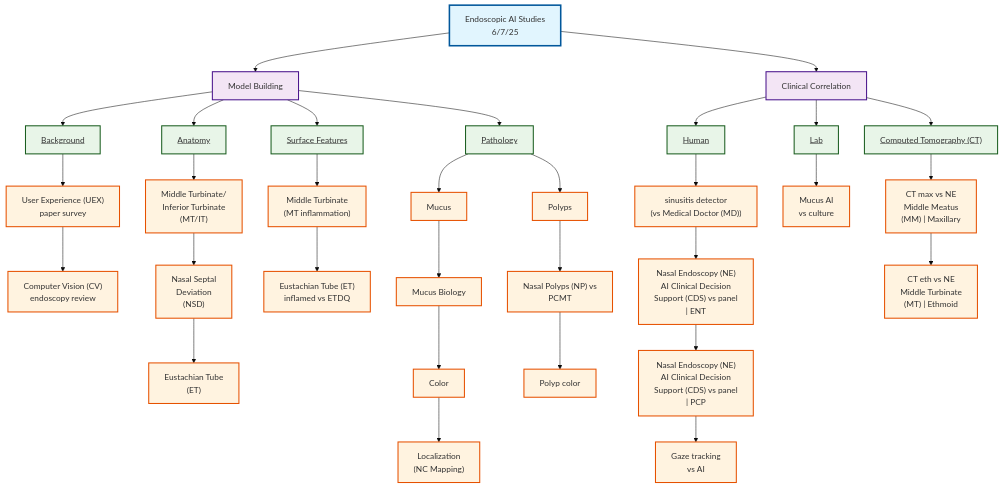
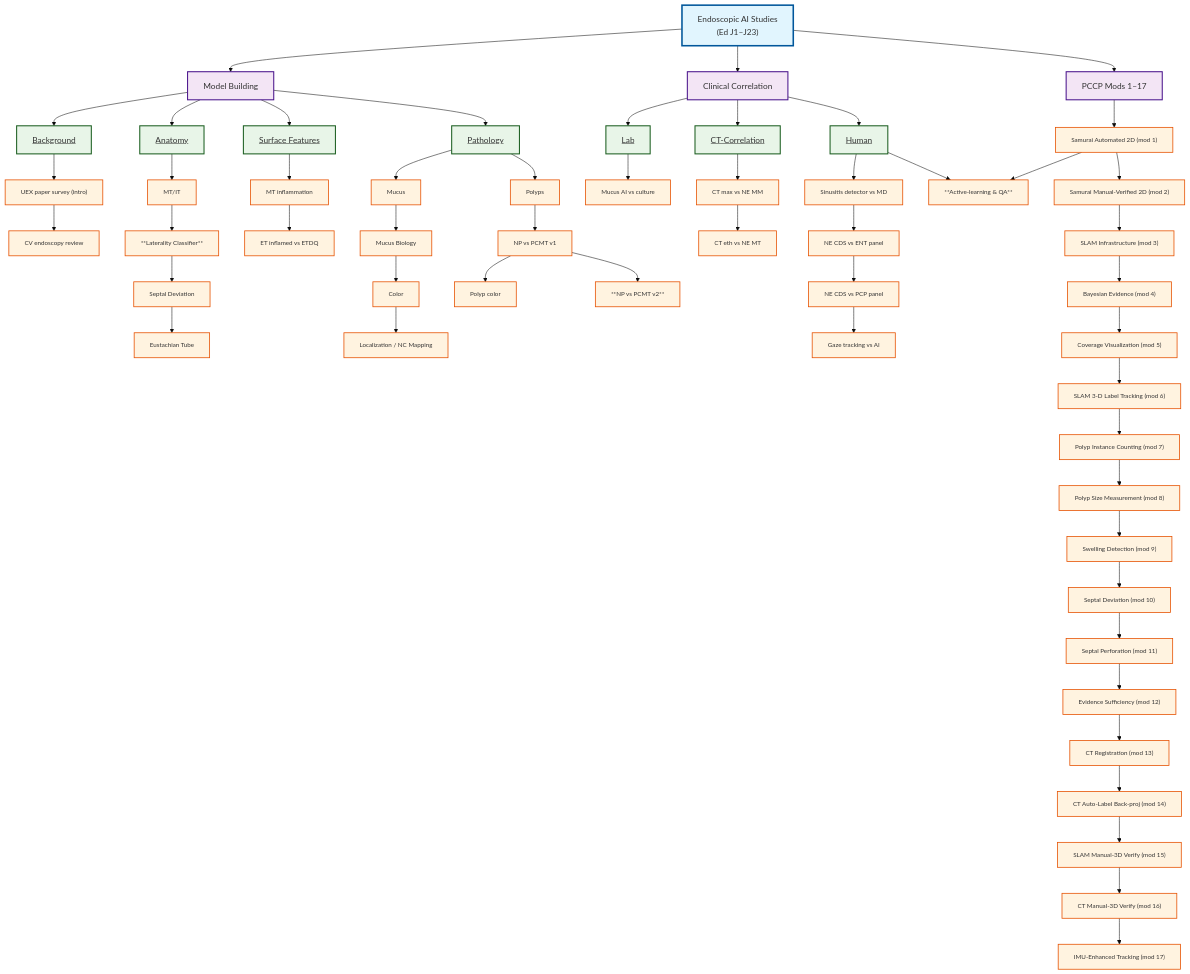
One commit to bidwej/publication-planner changed the diagram in docs/papers.mermaid. Above: the diagram before and after it, drawn with Mermaid (base theme). The commit also changed 1 other file, not shown here.

Commit message:
Jon - updatd charts

```diff
--- a/docs/papers.mermaid
+++ b/docs/papers.mermaid
@@ -1,50 +1,79 @@
 flowchart TD
-    A["Endoscopic AI Studies<br/>6/7/25"] --> MB["Model Building"]
+    %% ---------- ROOT ----------
+    A["Endoscopic AI Studies<br/>(Ed J1–J23)"] --> MB["Model Building"]
     A --> CC["Clinical Correlation"]
-    
+    A --> PCCP["PCCP Mods 1–17"]
+
+    %% ---------- MODEL BUILDING ----------
     MB --> B["<u>Background</u>"]
-    MB --> D["<u>Anatomy</u>"] 
+    MB --> D["<u>Anatomy</u>"]
     MB --> SF["<u>Surface Features</u>"]
     MB --> P["<u>Pathology</u>"]
-    
-    B --> UEX["User Experience (UEX)<br/>paper survey"]
-    UEX --> CV["Computer Vision (CV)<br/>endoscopy review"]
-    
-    D --> MT1["Middle Turbinate/<br/>Inferior Turbinate<br/>(MT/IT)"]
-    MT1 --> NSD["Nasal Septal<br/>Deviation<br/>(NSD)"]
-    NSD --> ET1["Eustachian Tube<br/>(ET)"]
-    
-    SF --> MT2["Middle Turbinate<br/>(MT inflammation)"]
-    MT2 --> ET2["Eustachian Tube (ET)<br/>inflamed vs ETDQ"]
-    
+
+    B --> UEX["UEX paper survey (intro)"]
+    UEX --> CV["CV endoscopy review"]
+
+    D --> MT1["MT/IT"]
+    MT1 --> LAT["**Laterality Classifier**"]
+    LAT --> NSD["Septal Deviation"]
+    NSD --> ET1["Eustachian Tube"]
+
+    SF --> MT2["MT inflammation"]
+    MT2 --> ET2["ET inflamed vs ETDQ"]
+
     P --> M["Mucus"]
     P --> PO["Polyps"]
-    M --> MB1["Mucus Biology"]
-    PO --> NP["Nasal Polyps (NP) vs<br/>PCMT"]
-    MB1 --> C["Color"]
-    NP --> PC["Polyp color"]
-    C --> L["Localization<br/>(NC Mapping)"]
-    
+    M --> MBIO["Mucus Biology"]
+    PO --> NP1["NP vs PCMT v1"]
+    MBIO --> C["Color"]
+    NP1 --> PCOL["Polyp color"]
+    C --> L["Localization / NC Mapping"]
+    NP1 --> NP2["**NP vs PCMT v2**"]
+
+    %% ---------- CLINICAL CORRELATION ----------
     CC --> H["<u>Human</u>"]
     CC --> LAB["<u>Lab</u>"]
-    CC --> CT["<u>Computed Tomography (CT)</u>"]
-    
-    H --> DD["sinusitis detector<br/>(vs Medical Doctor (MD))"]
-    DD --> NE1["Nasal Endoscopy (NE)<br/>AI Clinical Decision<br/>Support (CDS) vs panel<br/>| ENT"]
-    NE1 --> NE2["Nasal Endoscopy (NE)<br/>AI Clinical Decision<br/>Support (CDS) vs panel<br/>| PCP"]
-    NE2 --> ST["Gaze tracking<br/>vs AI"]
-    
-    LAB --> MA["Mucus AI<br/>vs culture"]
-    
-    CT --> CT1["CT max vs NE<br/>Middle Meatus<br/>(MM) | Maxillary"]
-    CT1 --> CT2["CT eth vs NE<br/>Middle Turbinate<br/>(MT) | Ethmoid"]
+    CC --> CT["<u>CT-Correlation</u>"]
 
-    classDef rootNode fill:#e1f5fe,stroke:#01579b,stroke-width:3px
-    classDef mainCategory fill:#f3e5f5,stroke:#4a148c,stroke-width:2px
-    classDef subCategory fill:#e8f5e8,stroke:#1b5e20,stroke-width:2px
-    classDef process fill:#fff3e0,stroke:#e65100,stroke-width:2px
 
-    class A rootNode
-    class MB,CC mainCategory
-    class B,D,SF,P,H,LAB,CT subCategory
-    class UEX,MT1,MT2,M,PO,DD,MA,CT1,CV,NSD,ET1,ET2,MB1,NP,C,PC,L,NE1,NE2,ST,CT2 process
+    LAB --> MUCULT["Mucus AI vs culture"]
+
+    CT --> CTmax["CT max vs NE MM"]
+    CTmax --> CTeth["CT eth vs NE MT"]
+
+
+    H --> DETMD["Sinusitis detector vs MD"]
+    DETMD --> NE_ENT["NE CDS vs ENT panel"]
+    NE_ENT --> NE_PCP["NE CDS vs PCP panel"]
+    NE_PCP --> GAZE["Gaze tracking vs AI"]
+    H --> ACTIVE["**Active-learning & QA**"]
+    MOD1 --> ACTIVE
+
+    %% ---------- PCCP MOD SEQUENCE ----------
+    PCCP --> MOD1["Samurai Automated 2D (mod 1)"]
+    MOD1 --> MOD2["Samurai Manual-Verified 2D (mod 2)"]
+    MOD2 --> MOD3["SLAM Infrastructure (mod 3)"]
+    MOD3 --> MOD4["Bayesian Evidence (mod 4)"]
+    MOD4 --> MOD5["Coverage Visualization (mod 5)"]
+    MOD5 --> MOD6["SLAM 3-D Label Tracking (mod 6)"]
+    MOD6 --> MOD7["Polyp Instance Counting (mod 7)"]
+    MOD7 --> MOD8["Polyp Size Measurement (mod 8)"]
+    MOD8 --> MOD9["Swelling Detection (mod 9)"]
+    MOD9 --> MOD10["Septal Deviation (mod 10)"]
+    MOD10 --> MOD11["Septal Perforation (mod 11)"]
+    MOD11 --> MOD12["Evidence Sufficiency (mod 12)"]
+    MOD12 --> MOD13["CT Registration (mod 13)"]
+    MOD13 --> MOD14["CT Auto-Label Back-proj (mod 14)"]
+    MOD14 --> MOD15["SLAM Manual-3D Verify (mod 15)"]
+    MOD15 --> MOD16["CT Manual-3D Verify (mod 16)"]
+    MOD16 --> MOD17["IMU-Enhanced Tracking (mod 17)"]
+
+    %% ---------- STYLING ----------
+    classDef header fill:#e1f5fe,stroke:#01579b,stroke-width:3px
+    classDef category fill:#f3e5f5,stroke:#4a148c,stroke-width:2px
+    classDef group fill:#e8f5e8,stroke:#1b5e20,stroke-width:2px
+    classDef paper fill:#fff3e0,stroke:#e65100,stroke-width:1.5px,font-size:12px
+    class A header
+    class MB,CC,PCCP category
+    class B,D,SF,P,H,LAB,CT group
+    class UEX,CV,MT1,LAT,NSD,ET1,MT2,ET2,M,PO,MBIO,C,NP1,NP2,PCOL,L,DETMD,NE_ENT,NE_PCP,ACTIVE,GAZE,MUCULT,CTmax,CTeth,MOD1,MOD2,MOD3,MOD4,MOD5,MOD6,MOD7,MOD8,MOD9,MOD10,MOD11,MOD12,MOD13,MOD14,MOD15,MOD16,MOD17 paper
```
